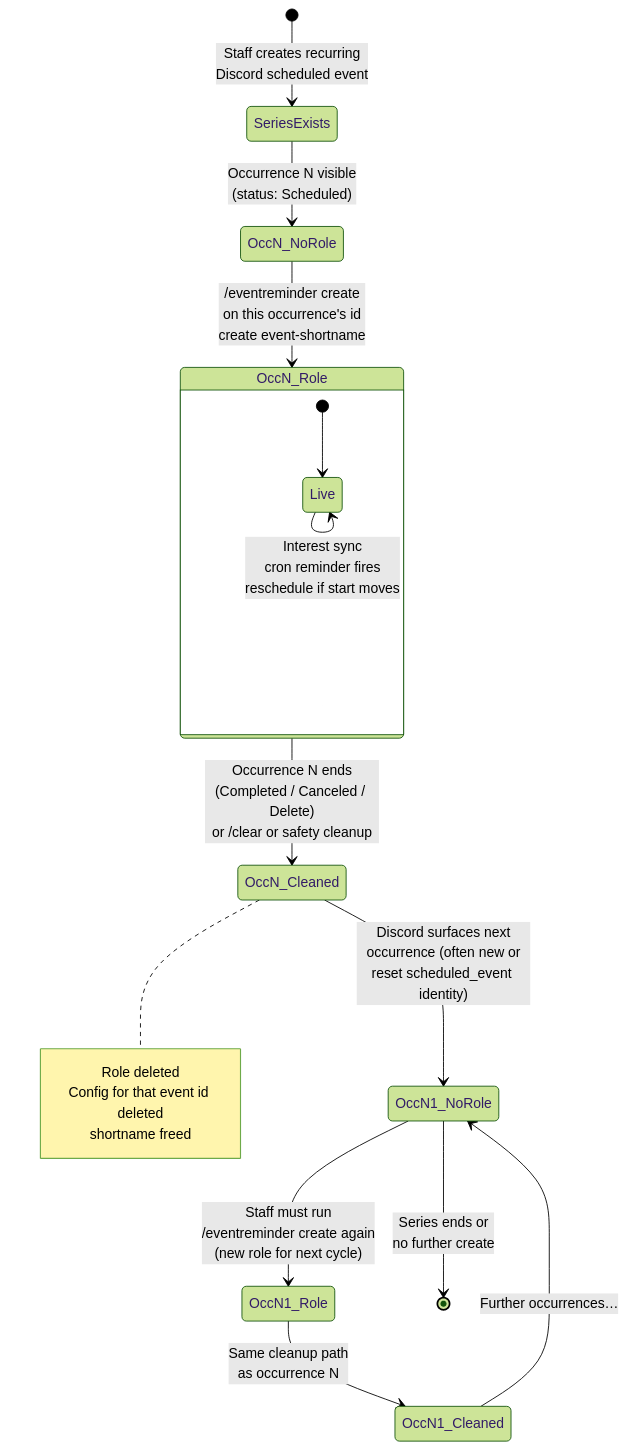
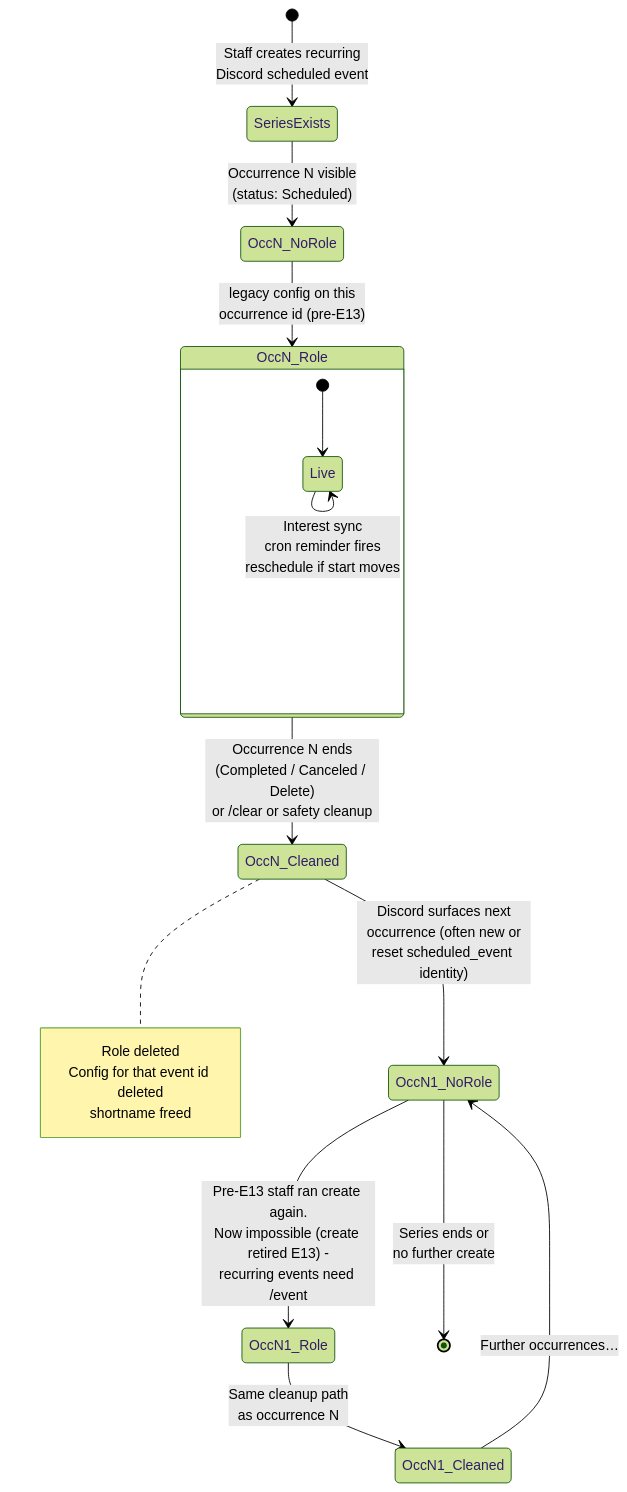
One commit to metalsp0rk/boiler-snake changed the third of 4 diagrams in docs/event-reminders.md. Above: the diagram before and after it, drawn with Mermaid (forest theme). The commit also changed other lines of this file and 4 other files, not shown here.

````diff
--- a/docs/event-reminders.md
+++ b/docs/event-reminders.md
@@ -94,28 +94,28 @@
 ```mermaid
 stateDiagram-v2
   direction TB
 
   [*] --> SeriesExists: Staff creates recurring<br>Discord scheduled event
 
   SeriesExists --> OccN_NoRole: Occurrence N visible<br>(status: Scheduled)
 
-  OccN_NoRole --> OccN_Role: /eventreminder create<br>on this occurrence's id<br>create event-shortname
+  OccN_NoRole --> OccN_Role: legacy config on this<br>occurrence id (pre-E13)
 
   state OccN_Role {
     [*] --> Live
     Live --> Live: Interest sync<br>cron reminder fires<br>reschedule if start moves
   }
 
   OccN_Role --> OccN_Cleaned: Occurrence N ends<br>(Completed / Canceled / Delete)<br>or /clear or safety cleanup
   note right of OccN_Cleaned
     Role deleted<br>Config for that event id deleted<br>shortname freed
   end note
 
   OccN_Cleaned --> OccN1_NoRole: Discord surfaces next<br>occurrence (often new or<br>reset scheduled_event identity)
 
-  OccN1_NoRole --> OccN1_Role: Staff must run<br>/eventreminder create again<br>(new role for next cycle)
+  OccN1_NoRole --> OccN1_Role: Pre-E13 staff ran create again.<br>Now impossible (create retired E13) -<br>recurring events need /event
   OccN1_Role --> OccN1_Cleaned: Same cleanup path<br>as occurrence N
   OccN1_Cleaned --> OccN1_NoRole: Further occurrences…
 
   OccN1_NoRole --> [*]: Series ends or<br>no further create
 ```
````
